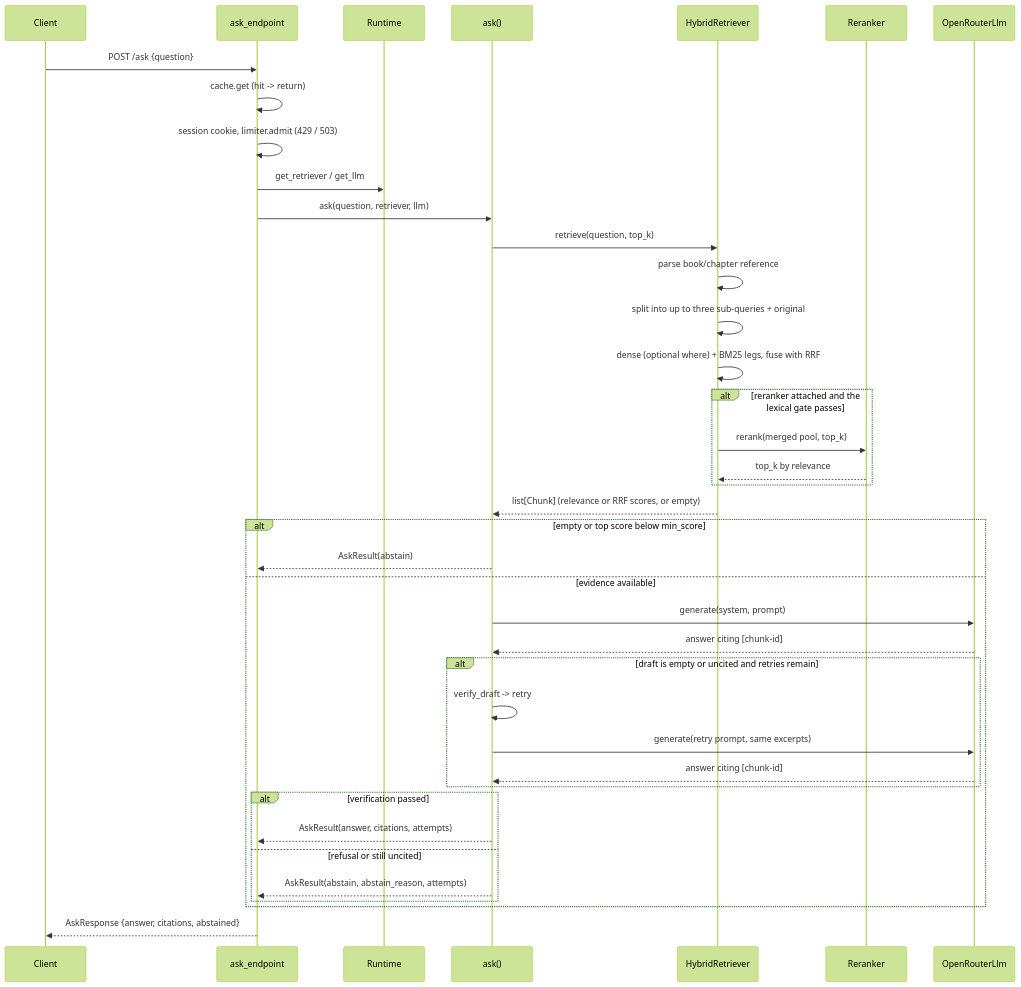
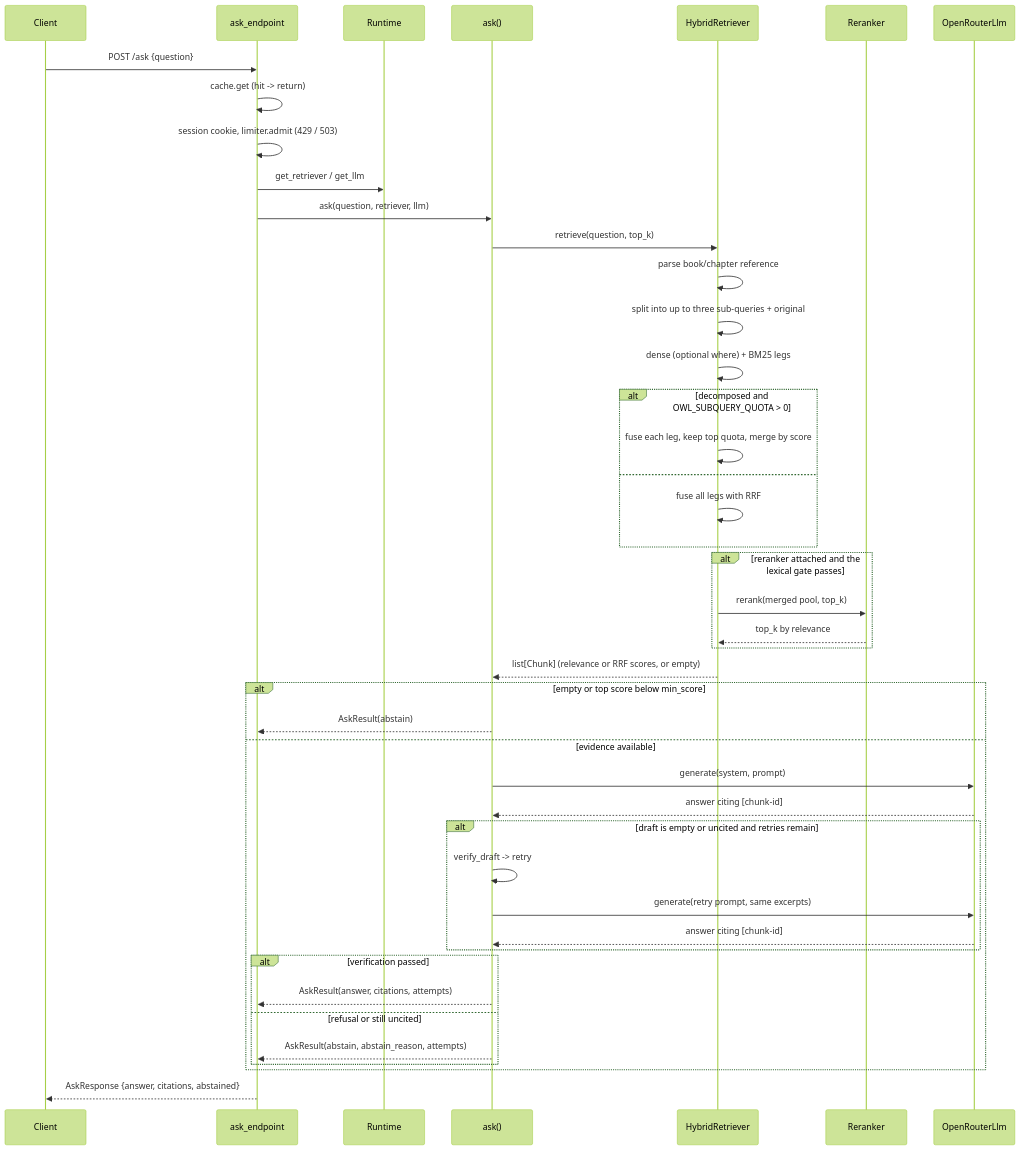
The third of 5 diagrams in docs/architecture.md (monitus2022/owl-online), drawn with Mermaid (forest theme) before and after one commit. The commit also changed other lines of this file and 1 other file, not shown here.

Commit message:
fix(retrieval): land the quota follow-up and strengthen its test (#96)
- record the quota run and keep .env.example at 0\n- assert the quota drops a deeper dominant-leg hit, so the branch is guarded\n- describe the opt-in quota and reranker cap in the architecture flow

````diff
--- a/docs/architecture.md
+++ b/docs/architecture.md
@@ -177,42 +181,47 @@
 ```mermaid
 sequenceDiagram
   participant C as Client
   participant API as ask_endpoint
   participant R as Runtime
   participant A as ask()
   participant RET as HybridRetriever
   participant RR as Reranker
   participant LLM as OpenRouterLlm
 
   C->>API: POST /ask {question}
   API->>API: cache.get (hit -> return)
   API->>API: session cookie, limiter.admit (429 / 503)
   API->>R: get_retriever / get_llm
   API->>A: ask(question, retriever, llm)
   A->>RET: retrieve(question, top_k)
   RET->>RET: parse book/chapter reference
   RET->>RET: split into up to three sub-queries + original
-  RET->>RET: dense (optional where) + BM25 legs, fuse with RRF
+  RET->>RET: dense (optional where) + BM25 legs
+  alt decomposed and OWL_SUBQUERY_QUOTA > 0
+    RET->>RET: fuse each leg, keep top quota, merge by score
+  else
+    RET->>RET: fuse all legs with RRF
+  end
   alt reranker attached and the lexical gate passes
     RET->>RR: rerank(merged pool, top_k)
     RR-->>RET: top_k by relevance
   end
   RET-->>A: list[Chunk] (relevance or RRF scores, or empty)
   alt empty or top score below min_score
     A-->>API: AskResult(abstain)
   else evidence available
     A->>LLM: generate(system, prompt)
     LLM-->>A: answer citing [chunk-id]
     alt draft is empty or uncited and retries remain
       A->>A: verify_draft -> retry
       A->>LLM: generate(retry prompt, same excerpts)
       LLM-->>A: answer citing [chunk-id]
     end
     alt verification passed
       A-->>API: AskResult(answer, citations, attempts)
     else refusal or still uncited
       A-->>API: AskResult(abstain, abstain_reason, attempts)
     end
   end
   API-->>C: AskResponse {answer, citations, abstained}
 ```
````
